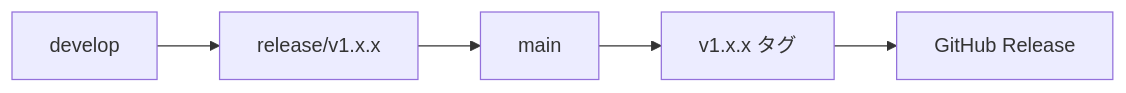
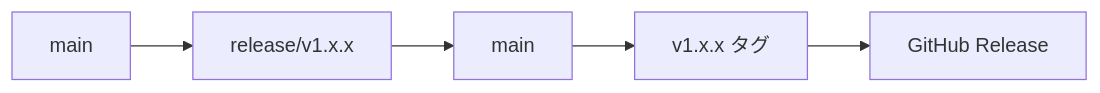
One commit to naoji3x/vroid-game-template changed the diagram in CONTRIBUTING.md. Above: the diagram before and after it, drawn with Mermaid. The commit also changed other lines of this file and 28 other files, not shown here.

````diff
--- a/CONTRIBUTING.md
+++ b/CONTRIBUTING.md
@@ -163,7 +211,7 @@
 ```mermaid
 graph LR
-    A[develop] --> B[release/v1.x.x]
+    A[main] --> B[release/v1.x.x]
     B --> C[main]
     C --> D[v1.x.x タグ]
     D --> E[GitHub Release]
 ```
````
